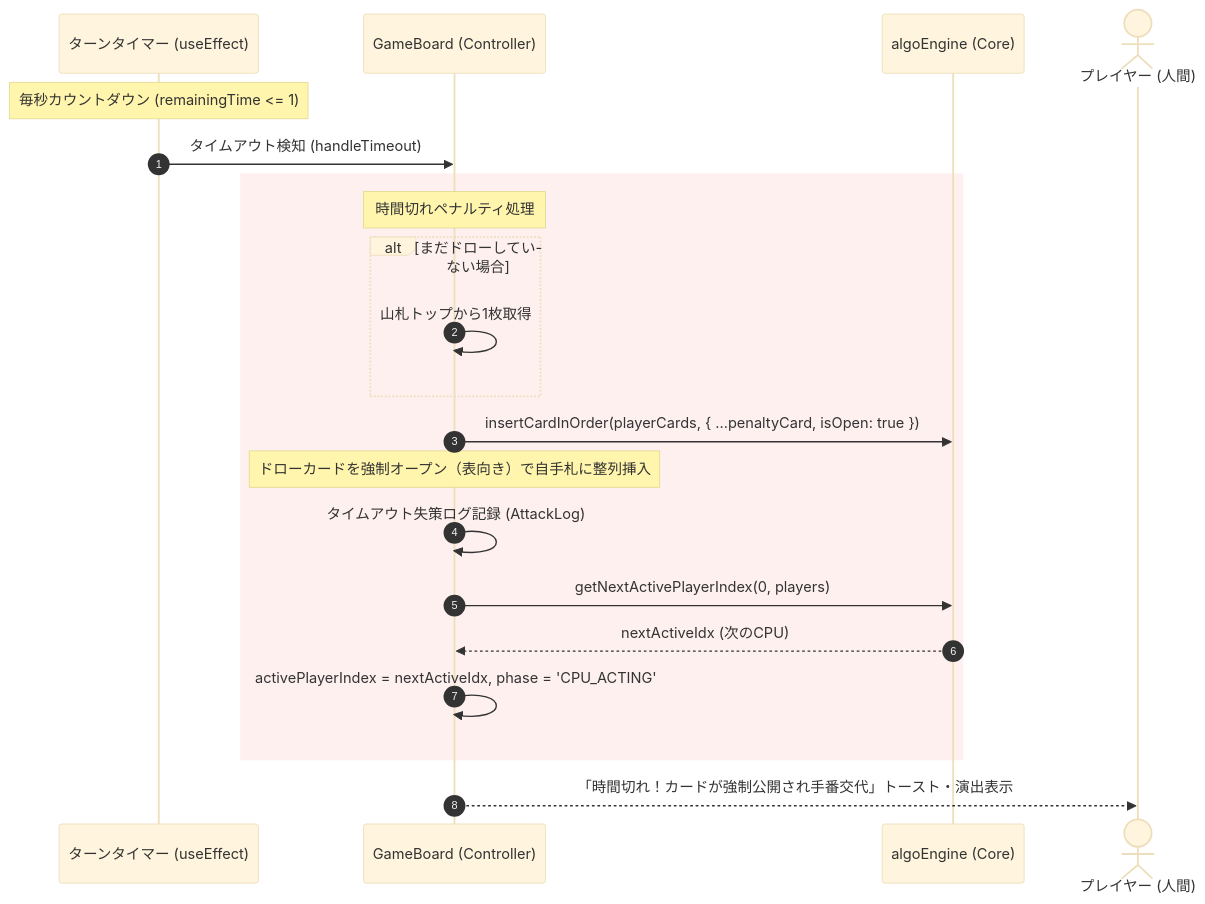
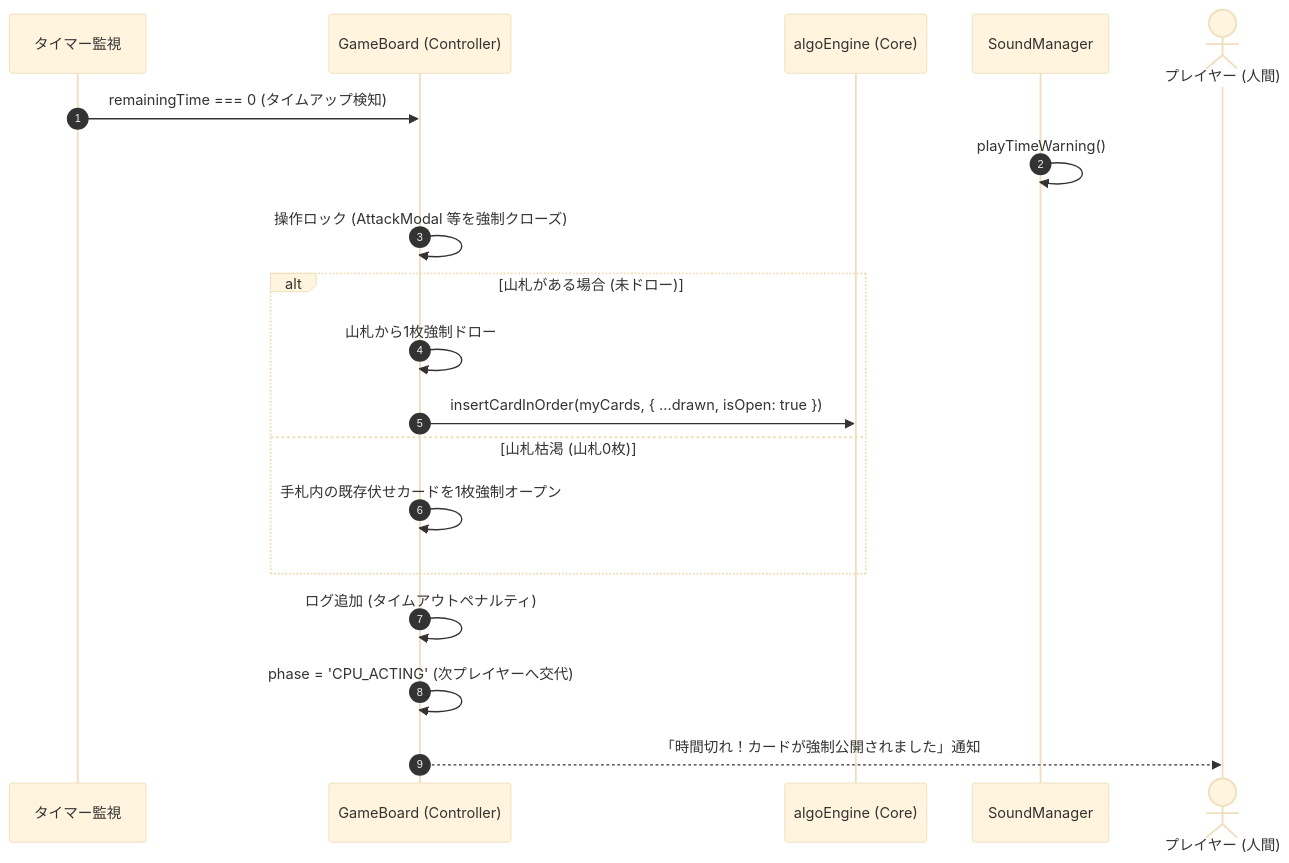
One commit to dandelion0016/algo changed the third of 6 diagrams in docs/design/backend/sequence-diagrams.md. Above: the diagram before and after it, drawn with Mermaid (base theme). The commit also changed other lines of this file and 9 other files, not shown here.

````diff
--- a/docs/design/backend/sequence-diagrams.md
+++ b/docs/design/backend/sequence-diagrams.md
@@ -126,27 +104,24 @@
 ```mermaid
 sequenceDiagram
     autonumber
-    participant Timer as ターンタイマー (useEffect)
+    participant Timer as タイマー監視
     participant Board as GameBoard (Controller)
     participant Engine as algoEngine (Core)
+    participant Sound as SoundManager
     actor User as プレイヤー (人間)
 
-    Note over Timer: 毎秒カウントダウン (remainingTime <= 1)
-    Timer->>Board: タイムアウト検知 (handleTimeout)
+    Timer->>Board: remainingTime === 0 (タイムアップ検知)
+    Sound->>Sound: playTimeWarning()
+    Board->>Board: 操作ロック (AttackModal 等を強制クローズ)
 
-    rect rgb(255, 240, 240)
-        Note over Board: 時間切れペナルティ処理
-        alt まだドローしていない場合
-            Board->>Board: 山札トップから1枚取得
-        end
-        Board->>Engine: insertCardInOrder(playerCards, { ...penaltyCard, isOpen: true })
-        Note over Board: ドローカードを強制オープン（表向き）で自手札に整列挿入
-
-        Board->>Board: タイムアウト失策ログ記録 (AttackLog)
-        Board->>Engine: getNextActivePlayerIndex(0, players)
-        Engine-->>Board: nextActiveIdx (次のCPU)
-        Board->>Board: activePlayerIndex = nextActiveIdx, phase = 'CPU_ACTING'
+    alt 山札がある場合 (未ドロー)
+        Board->>Board: 山札から1枚強制ドロー
+        Board->>Engine: insertCardInOrder(myCards, { ...drawn, isOpen: true })
+    else 山札枯渇 (山札0枚)
+        Board->>Board: 手札内の既存伏せカードを1枚強制オープン
     end
 
-    Board-->>User: 「時間切れ！カードが強制公開され手番交代」トースト・演出表示
+    Board->>Board: ログ追加 (タイムアウトペナルティ)
+    Board->>Board: phase = 'CPU_ACTING' (次プレイヤーへ交代)
+    Board-->>User: 「時間切れ！カードが強制公開されました」通知
 ```
````
